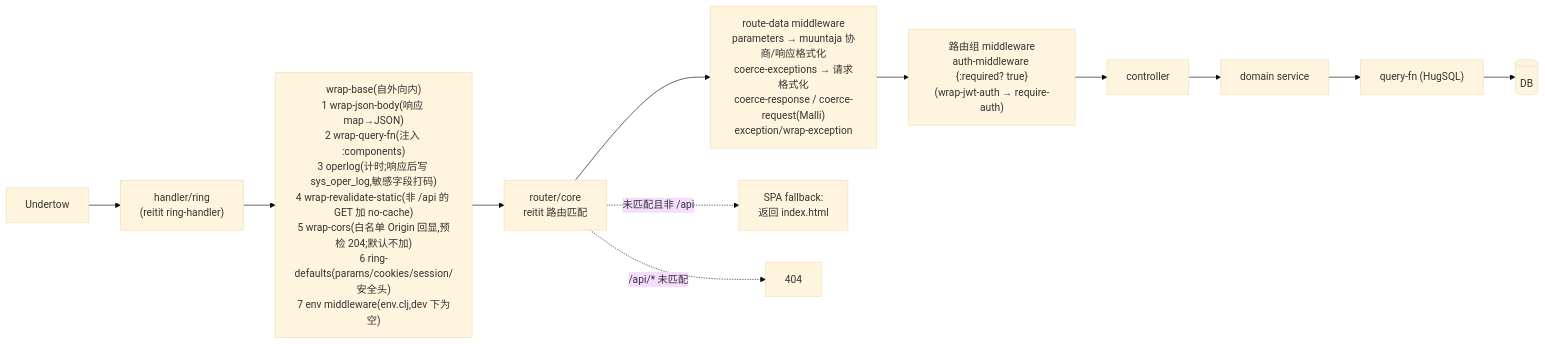
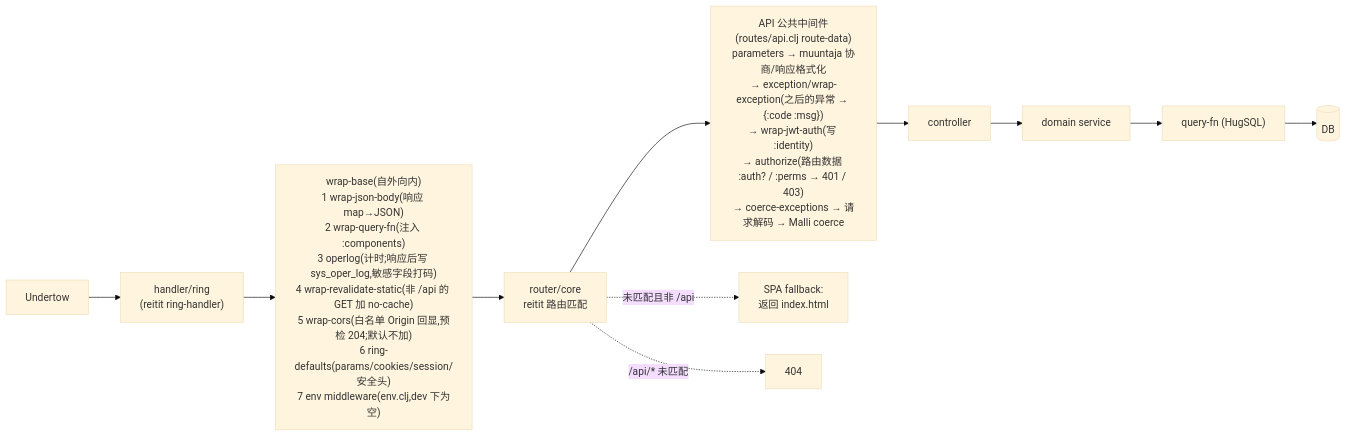
Before and after one commit to RedCreationTech/clj-cljs-template: the fourth of 14 diagrams in docs/architecture/c4-model.org, drawn with Mermaid (base theme). The commit also changed other lines of this file and 144 other files, not shown here.

```diff
--- a/docs/architecture/c4-model.org
+++ b/docs/architecture/c4-model.org
@@ -207,14 +209,13 @@
 #+begin_src mermaid :file img/backend-pipeline.svg :exports results
 flowchart LR
   U[Undertow] --> H["handler/ring<br/>(reitit ring-handler)"]
   H --> B["wrap-base(自外向内)<br/>1 wrap-json-body(响应 map→JSON)<br/>2 wrap-query-fn(注入 :components)<br/>3 operlog(计时;响应后写 sys_oper_log,敏感字段打码)<br/>4 wrap-revalidate-static(非 /api 的 GET 加 no-cache)<br/>5 wrap-cors(白名单 Origin 回显,预检 204;默认不加)<br/>6 ring-defaults(params/cookies/session/安全头)<br/>7 env middleware(env.clj,dev 下为空)"]
   B --> R["router/core<br/>reitit 路由匹配"]
-  R --> RM["route-data middleware<br/>parameters → muuntaja 协商/响应格式化<br/>coerce-exceptions → 请求格式化<br/>coerce-response / coerce-request(Malli)<br/>exception/wrap-exception"]
-  RM --> AM["路由组 middleware<br/>auth-middleware {:required? true}<br/>(wrap-jwt-auth → require-auth)"]
-  AM --> C[controller]
+  R --> RM["API 公共中间件(routes/api.clj route-data)<br/>parameters → muuntaja 协商/响应格式化<br/>→ exception/wrap-exception(之后的异常 → {:code :msg})<br/>→ wrap-jwt-auth(写 :identity)<br/>→ authorize(路由数据 :auth? / :perms → 401 / 403)<br/>→ coerce-exceptions → 请求解码 → Malli coerce"]
+  RM --> C[controller]
   C --> D[domain service]
   D --> Q["query-fn (HugSQL)"]
   Q --> DB[(DB)]
   R -. 未匹配且非 /api .-> SPA["SPA fallback:<br/>返回 index.html"]
   R -. /api/* 未匹配 .-> N404[404]
 #+end_src
```
